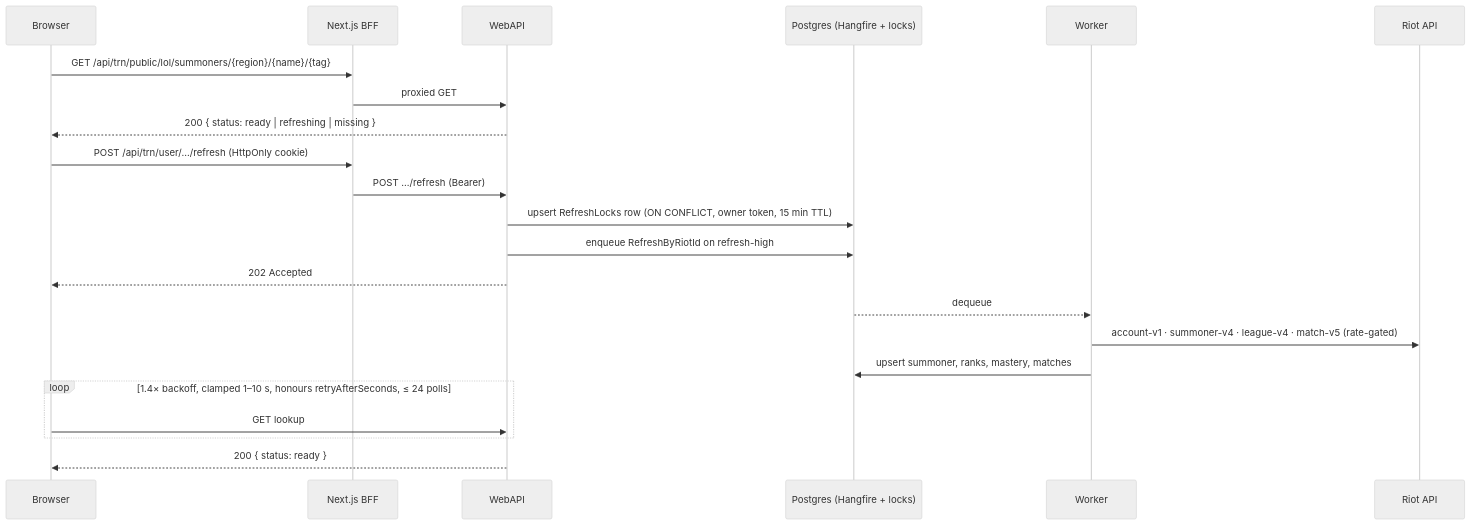
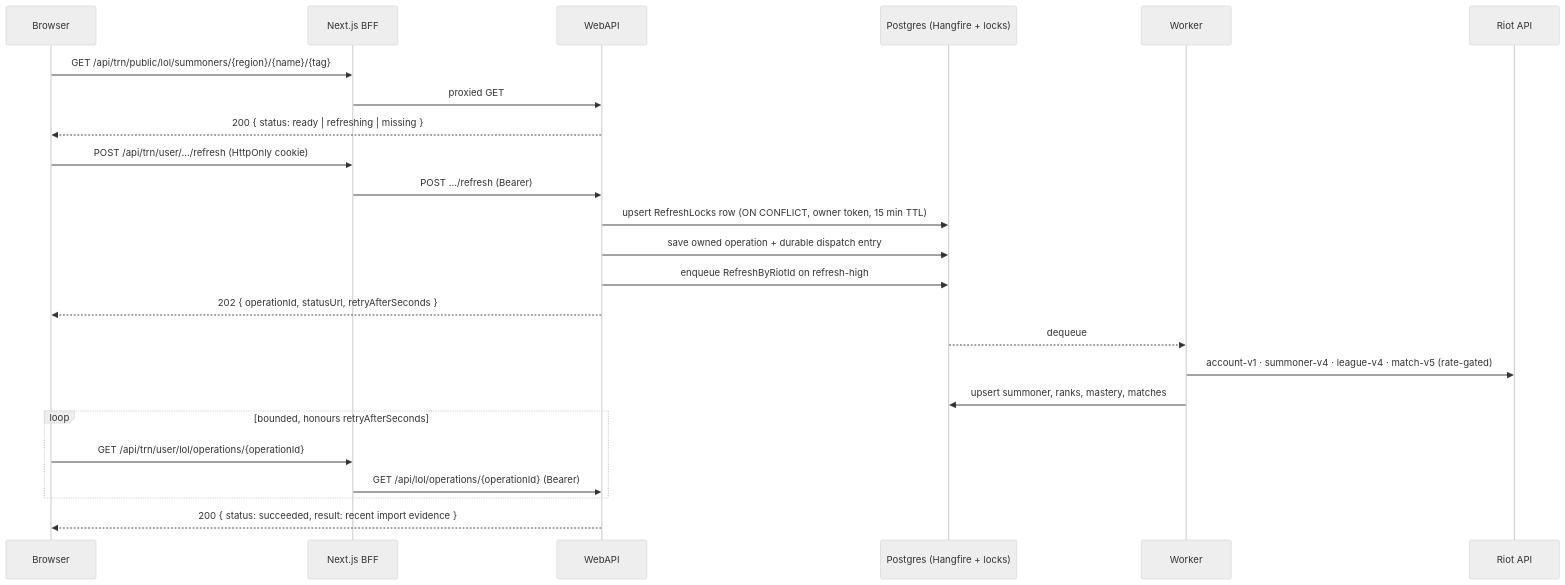
The second of 2 diagrams in README.md (luisgon-dev/Transcendence), drawn with Mermaid (neutral theme) before and after one commit. The commit also changed 65 other files, not shown here.

First line of the commit message:
feat(operations): track owned refresh and probe completion (#248)

````diff
--- a/README.md
+++ b/README.md
@@ -94,25 +94,27 @@
 ```mermaid
 sequenceDiagram
   participant B as Browser
   participant W as Next.js BFF
   participant A as WebAPI
   participant P as Postgres (Hangfire + locks)
   participant S as Worker
   participant R as Riot API
 
   B->>W: GET /api/trn/public/lol/summoners/{region}/{name}/{tag}
   W->>A: proxied GET
   A-->>B: 200 { status: ready | refreshing | missing }
   B->>W: POST /api/trn/user/.../refresh (HttpOnly cookie)
   W->>A: POST .../refresh (Bearer)
   A->>P: upsert RefreshLocks row (ON CONFLICT, owner token, 15 min TTL)
+  A->>P: save owned operation + durable dispatch entry
   A->>P: enqueue RefreshByRiotId on refresh-high
-  A-->>B: 202 Accepted
+  A-->>B: 202 { operationId, statusUrl, retryAfterSeconds }
   P-->>S: dequeue
   S->>R: account-v1 · summoner-v4 · league-v4 · match-v5 (rate-gated)
   S->>P: upsert summoner, ranks, mastery, matches
-  loop 1.4× backoff, clamped 1–10 s, honours retryAfterSeconds, ≤ 24 polls
-    B->>A: GET lookup
+  loop bounded, honours retryAfterSeconds
+    B->>W: GET /api/trn/user/lol/operations/{operationId}
+    W->>A: GET /api/lol/operations/{operationId} (Bearer)
   end
-  A-->>B: 200 { status: ready }
+  A-->>B: 200 { status: succeeded, result: recent import evidence }
 ```
````
